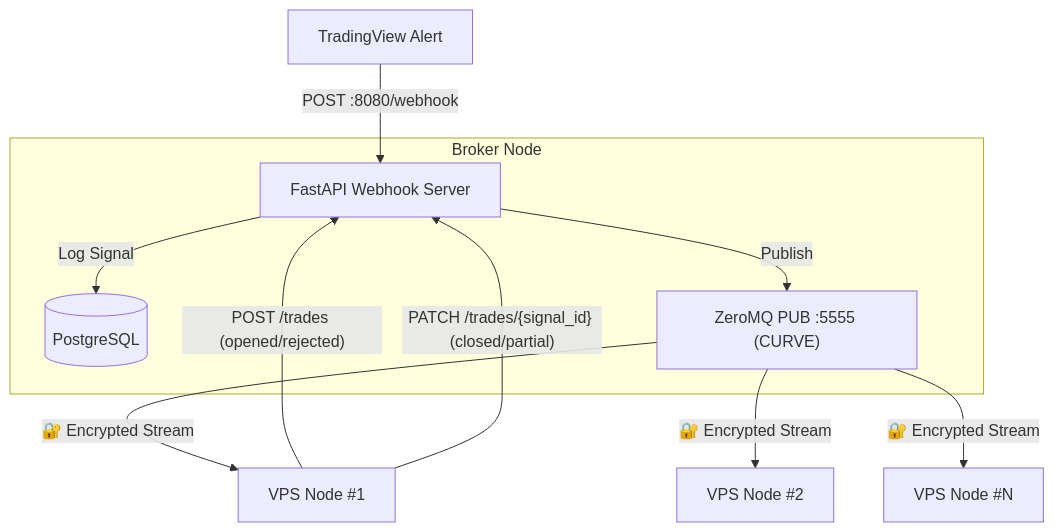
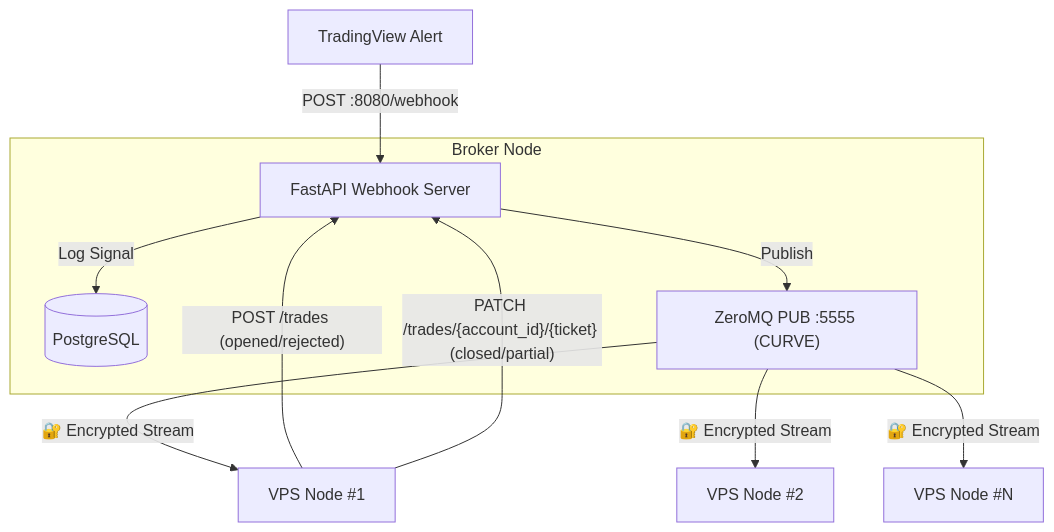
One commit to rockingrow/algo-trading-worker changed the diagram in README.md. Above: the diagram before and after it, drawn with Mermaid. The commit also changed other lines of this file and 5 other files, not shown here.

````diff
--- a/README.md
+++ b/README.md
@@ -7,16 +7,16 @@
 ```mermaid
 graph TD
     TV[TradingView Alert] -- "POST :8080/webhook" --> Broker
     subgraph "Broker Node"
         Broker[FastAPI Webhook Server]
         DB[(PostgreSQL)]
         ZMQ["ZeroMQ PUB :5555 (CURVE)"]
         Broker -- "Log Signal" --> DB
         Broker -- "Publish" --> ZMQ
     end
     ZMQ -- "🔐 Encrypted Stream" --> VPS1[VPS Node #1]
     ZMQ -- "🔐 Encrypted Stream" --> VPS2[VPS Node #2]
     ZMQ -- "🔐 Encrypted Stream" --> VPSN[VPS Node #N]
     VPS1 -- "POST /trades (opened/rejected)" --> Broker
-    VPS1 -- "PATCH /trades/{signal_id} (closed/partial)" --> Broker
+    VPS1 -- "PATCH /trades/{account_id}/{ticket} (closed/partial)" --> Broker
 ```
````
